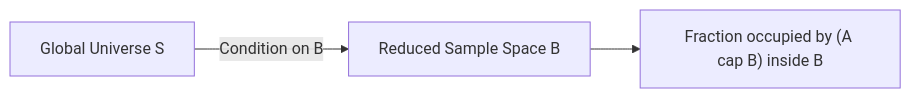
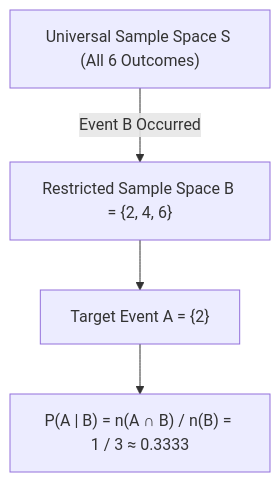
Before and after one commit to S1h2i3v4a/AI_ML: the diagram in lecture_20/Notes_20.10/README.md, drawn with Mermaid. The commit also changed other lines of this file and 203 other files, not shown here.

Commit message:
docs(lectures 19-21): align notes with video lectures, add blackboard diagrams, clean structured functions, and compile vector PDFs

````diff
--- a/lecture_20/Notes_20.10/README.md
+++ b/lecture_20/Notes_20.10/README.md
@@ -14,5 +10,6 @@
 ```mermaid
-flowchart LR
-    S["Global Universe S"] -->|Condition on B| B["Reduced Sample Space B"]
-    B --> A_given_B["Fraction occupied by (A cap B) inside B"]
+flowchart TD
+    S["Universal Sample Space S (All 6 Outcomes)"] -->|Event B Occurred| B["Restricted Sample Space B = {2, 4, 6}"]
+    B --> A["Target Event A = {2}"]
+    A --> Calc["P(A | B) = n(A ∩ B) / n(B) = 1 / 3 ≈ 0.3333"]
 ```
````
